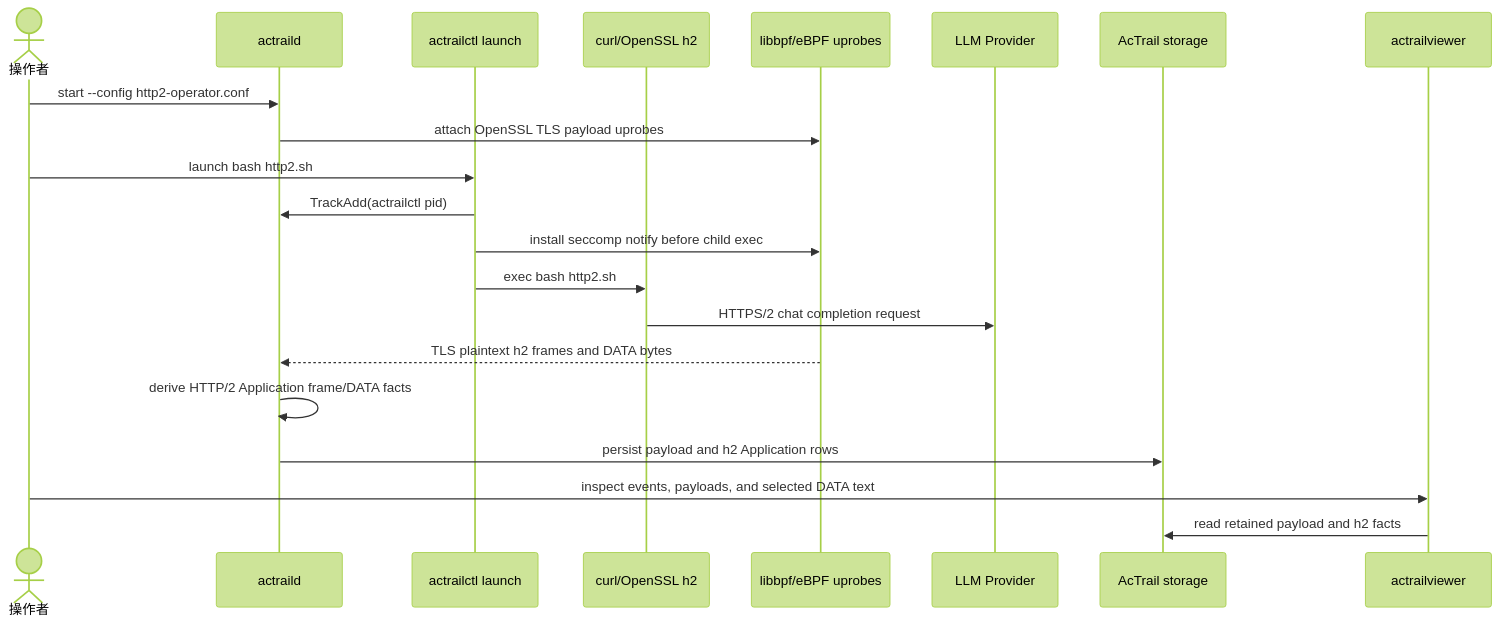
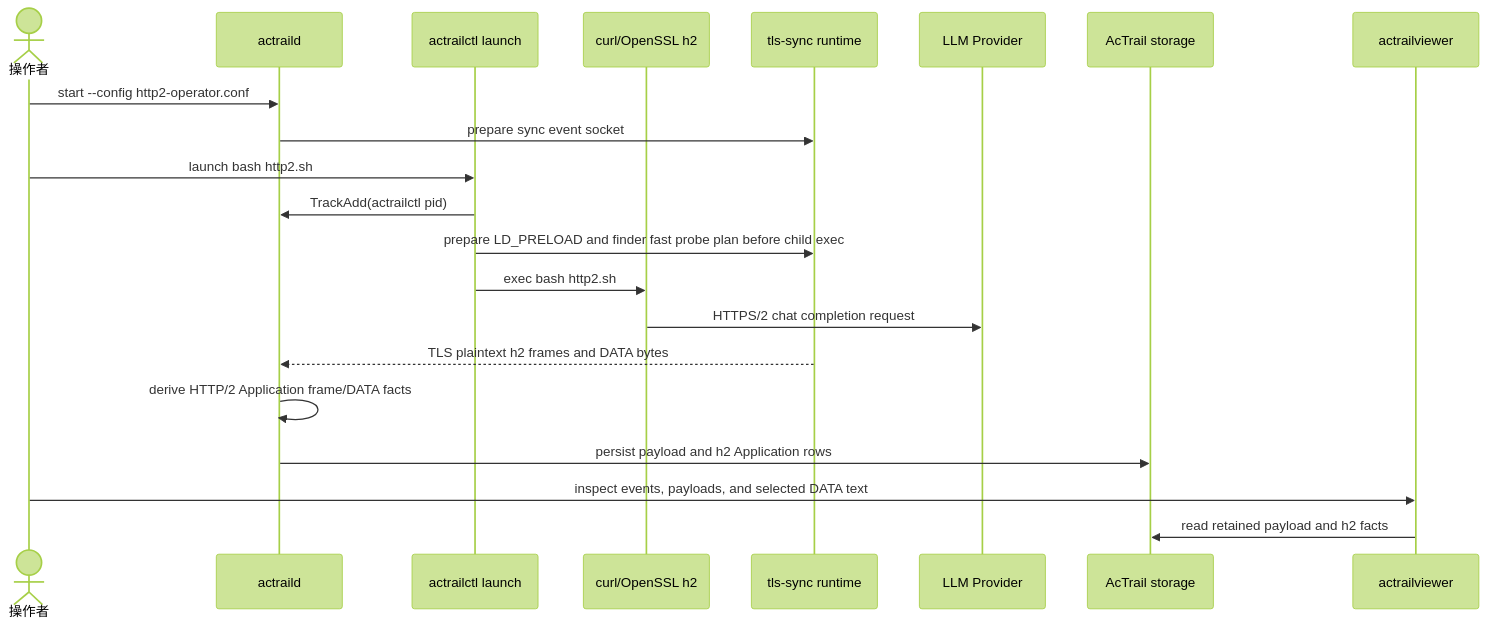
Before and after one commit to openeuler-mirror/AcTrail: the second of 3 diagrams in docs/examples/02.llm-http-payload-capture/README.md, drawn with Mermaid (forest theme). The commit also changed other lines of this file and 50 other files, not shown here.

````diff
--- a/docs/examples/02.llm-http-payload-capture/README.md
+++ b/docs/examples/02.llm-http-payload-capture/README.md
@@ -405,24 +406,24 @@
 ```mermaid
 sequenceDiagram
     actor User as 操作者
     participant Daemon as actraild
     participant Launcher as actrailctl launch
     participant Curl as curl/OpenSSL h2
-    participant Kernel as libbpf/eBPF uprobes
+    participant Runtime as tls-sync runtime
     participant Provider as LLM Provider
     participant Store as AcTrail storage
     participant Viewer as actrailviewer
 
     User->>Daemon: start --config http2-operator.conf
-    Daemon->>Kernel: attach OpenSSL TLS payload uprobes
+    Daemon->>Runtime: prepare sync event socket
     User->>Launcher: launch bash http2.sh
     Launcher->>Daemon: TrackAdd(actrailctl pid)
-    Launcher->>Kernel: install seccomp notify before child exec
+    Launcher->>Runtime: prepare LD_PRELOAD and finder fast probe plan before child exec
     Launcher->>Curl: exec bash http2.sh
     Curl->>Provider: HTTPS/2 chat completion request
-    Kernel-->>Daemon: TLS plaintext h2 frames and DATA bytes
+    Runtime-->>Daemon: TLS plaintext h2 frames and DATA bytes
     Daemon->>Daemon: derive HTTP/2 Application frame/DATA facts
     Daemon->>Store: persist payload and h2 Application rows
     User->>Viewer: inspect events, payloads, and selected DATA text
     Viewer->>Store: read retained payload and h2 facts
 ```
````
